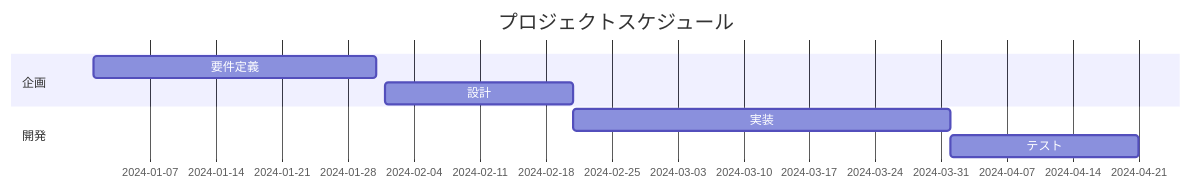
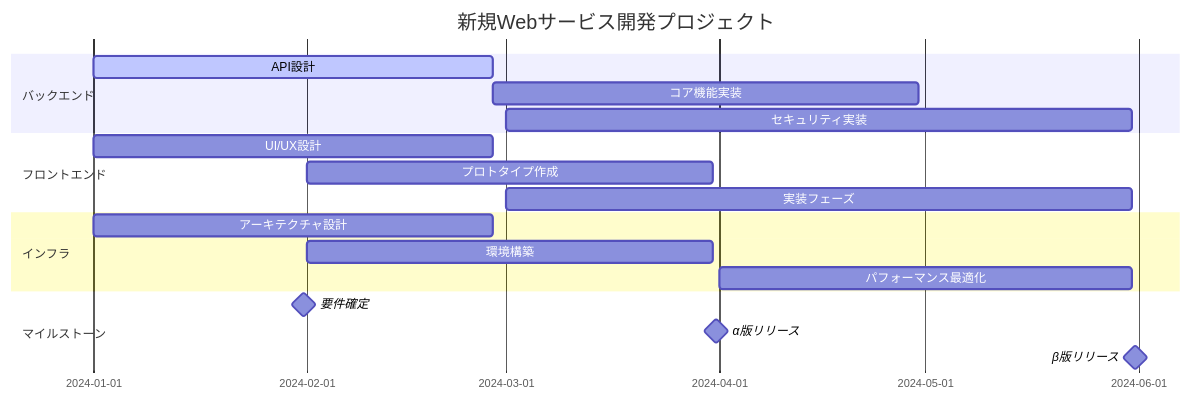
Before and after one commit to koach-noir/mermaid-learning-lab: the tenth of 18 diagrams in LEARNING NOTES.md, drawn with Mermaid. The commit also changed other lines of this file, not shown here.

````diff
--- a/LEARNING NOTES.md
+++ b/LEARNING NOTES.md
@@ -324,11 +493,25 @@
 ```mermaid
 gantt
-    title プロジェクトスケジュール
-    dateFormat  YYYY-MM-DD
-    section 企画
-    要件定義    :2024-01-01, 30d
-    設計        :2024-02-01, 20d
-    section 開発
-    実装        :2024-02-21, 40d
-    テスト      :2024-04-01, 20d
+    title 新規Webサービス開発プロジェクト
+    dateFormat YYYY-MM-DD
+    
+    section バックエンド
+    API設計           :active, b1, 2024-01-01, 2024-02-28
+    コア機能実装       :b2, after b1, 2024-04-30
+    セキュリティ実装    :b3, 2024-03-01, 2024-05-31
+
+    section フロントエンド
+    UI/UX設計         :f1, 2024-01-01, 2024-02-28
+    プロトタイプ作成    :f2, 2024-02-01, 2024-03-31
+    実装フェーズ       :f3, 2024-03-01, 2024-05-31
+
+    section インフラ
+    アーキテクチャ設計  :i1, 2024-01-01, 2024-02-28
+    環境構築           :i2, 2024-02-01, 2024-03-31
+    パフォーマンス最適化 :i3, 2024-04-01, 2024-05-31
+
+    section マイルストーン
+    要件確定          :milestone, m1, 2024-01-31, 1d
+    α版リリース      :milestone, m2, 2024-03-31, 1d
+    β版リリース      :milestone, m3, 2024-05-31, 1d
 ```
````
